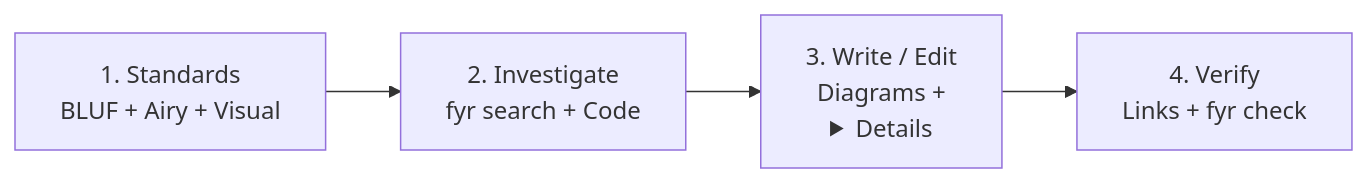
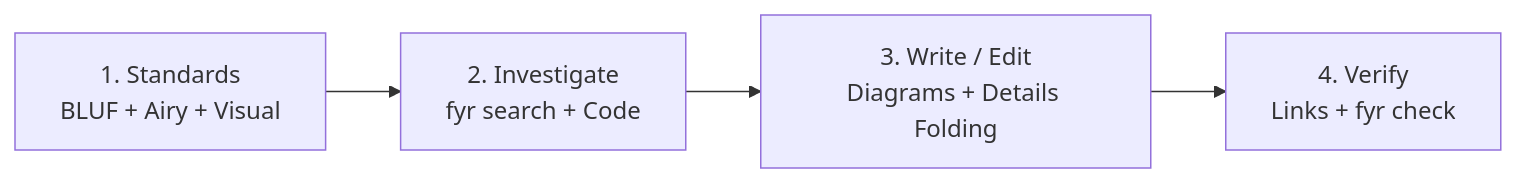
The diagram in skills/fyr-docs/SKILL.md (kesokaj/fyr), drawn with Mermaid before and after one commit. The commit also changed 16 other files, not shown here.

````diff
--- a/skills/fyr-docs/SKILL.md
+++ b/skills/fyr-docs/SKILL.md
@@ -15,6 +15,6 @@
 ```mermaid
 flowchart LR
   P1["1. Standards\nBLUF + Airy + Visual"] --> P2["2. Investigate\nfyr search + Code"]
-  P2 --> P3["3. Write / Edit\nDiagrams + <details>"]
+  P2 --> P3["3. Write / Edit\nDiagrams + Details Folding"]
   P3 --> P4["4. Verify\nLinks + fyr check"]
 ```
````
